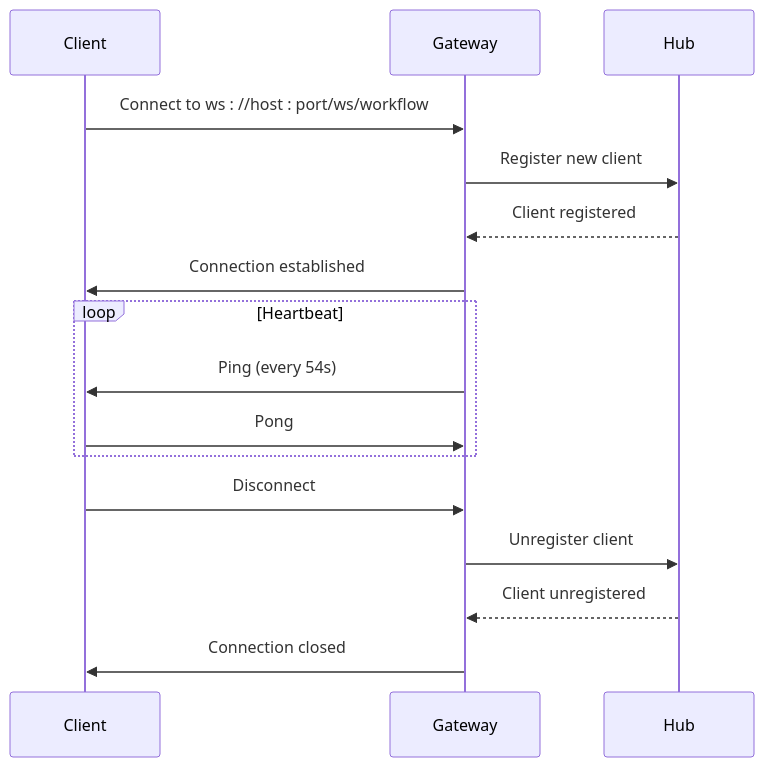
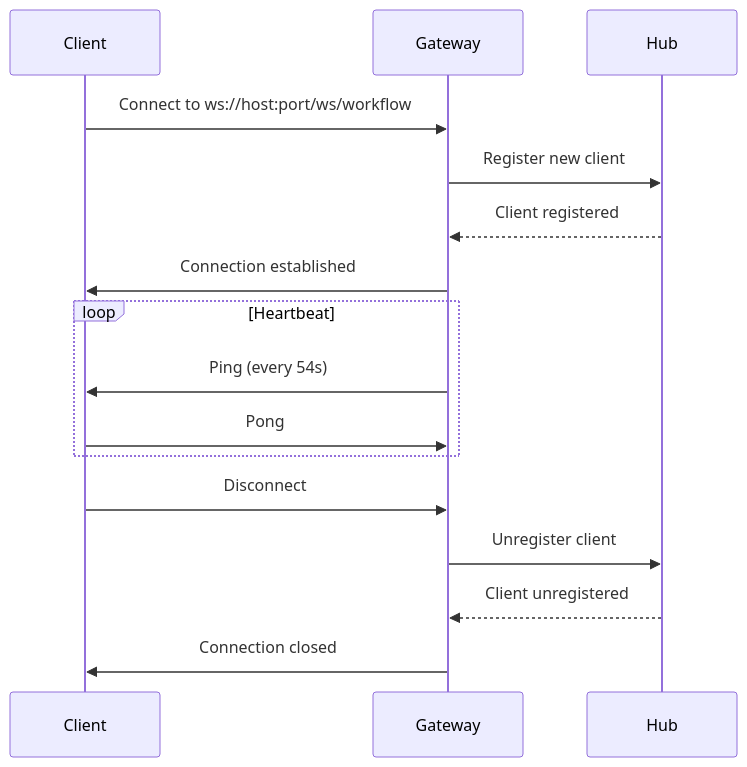
The first of 4 diagrams in docs/API Reference/WebSocket API Reference.md (prxs-ai/praxis-go-sdk), drawn with Mermaid before and after one commit. The commit also changed other lines of this file and 33 other files, not shown here.

````diff
--- a/docs/API Reference/WebSocket API Reference.md
+++ b/docs/API Reference/WebSocket API Reference.md
@@ -40,18 +40,18 @@
 ```mermaid
 sequenceDiagram
 participant Client
 participant Gateway
 participant Hub
-Client->>Gateway : Connect to ws : //host : port/ws/workflow
+Client->>Gateway : Connect to ws://host:port/ws/workflow
 Gateway->>Hub : Register new client
 Hub-->>Gateway : Client registered
 Gateway->>Client : Connection established
 loop Heartbeat
 Gateway->>Client : Ping (every 54s)
 Client->>Gateway : Pong
 end
 Client->>Gateway : Disconnect
 Gateway->>Hub : Unregister client
 Hub-->>Gateway : Client unregistered
 Gateway->>Client : Connection closed
 ```
````
